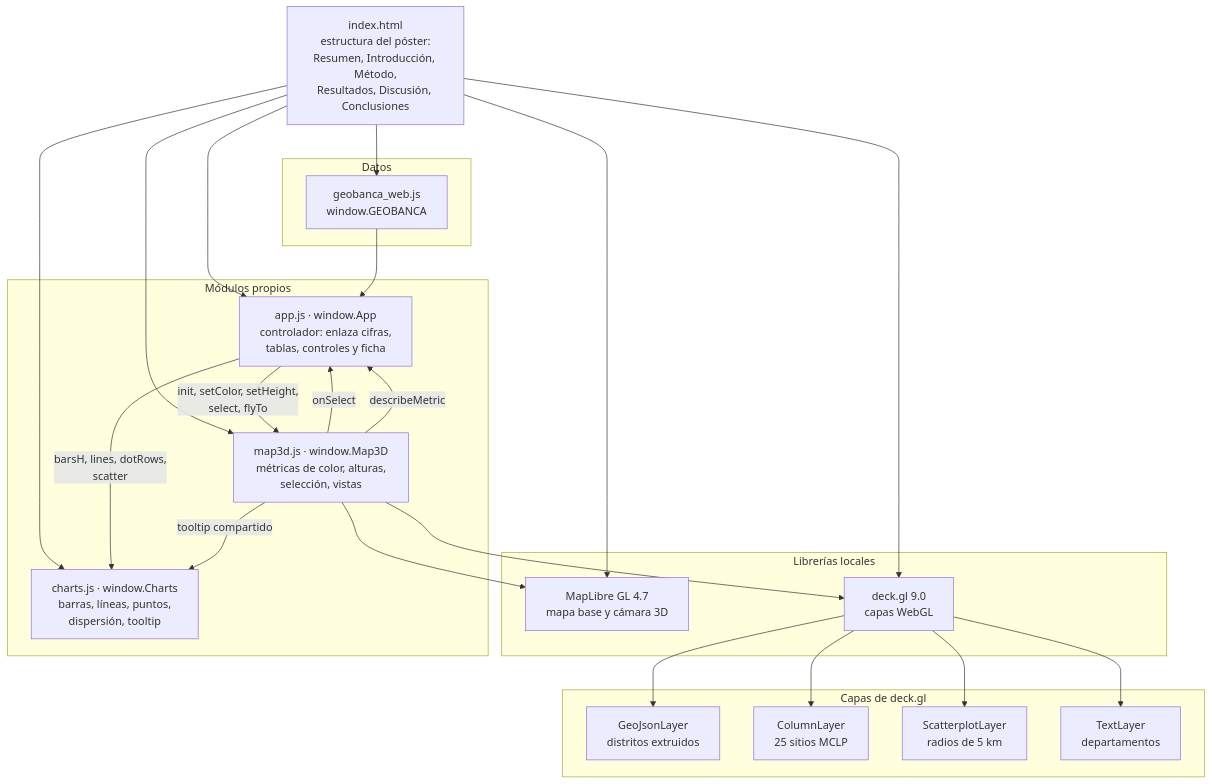
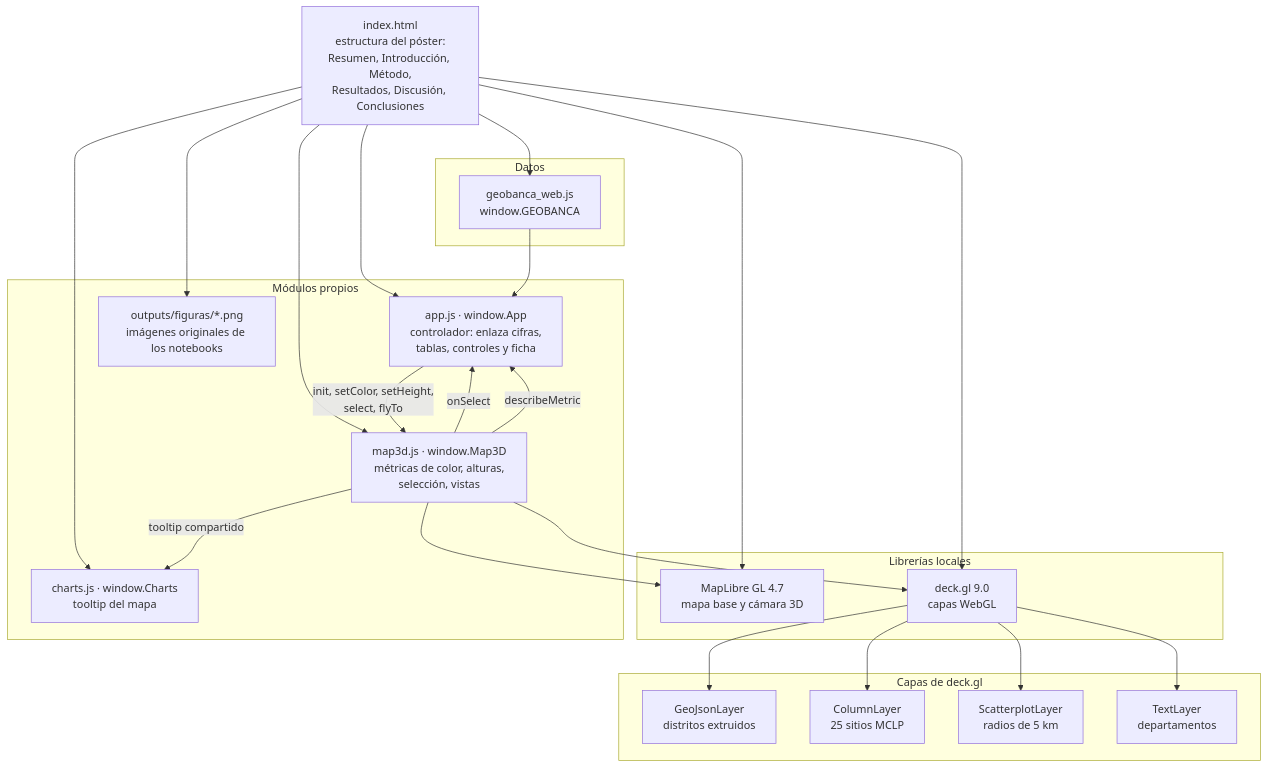
The fifth of 8 diagrams in README.md (wilder14-eslu/geobanca-norte-peru), drawn with Mermaid before and after one commit. The commit also changed other lines of this file and 3 other files, not shown here.

Commit message:
fix: usar figuras originales de notebooks en el poster

````diff
--- a/README.md
+++ b/README.md
@@ -348,36 +348,37 @@
 ```mermaid
 flowchart TB
     HTML["index.html<br/>estructura del póster:<br/>Resumen, Introducción, Método,<br/>Resultados, Discusión, Conclusiones"]
 
     subgraph Datos
         GB["geobanca_web.js<br/>window.GEOBANCA"]
     end
 
     subgraph Librerias["Librerías locales"]
         ML["MapLibre GL 4.7<br/>mapa base y cámara 3D"]
         DK["deck.gl 9.0<br/>capas WebGL"]
     end
 
     subgraph Modulos["Módulos propios"]
         APP["app.js · window.App<br/>controlador: enlaza cifras,<br/>tablas, controles y ficha"]
         MAP["map3d.js · window.Map3D<br/>métricas de color, alturas,<br/>selección, vistas"]
-        CH["charts.js · window.Charts<br/>barras, líneas, puntos,<br/>dispersión, tooltip"]
+        CH["charts.js · window.Charts<br/>tooltip del mapa"]
+        FIG["outputs/figuras/*.png<br/>imágenes originales de los notebooks"]
     end
 
     subgraph Capas["Capas de deck.gl"]
         L1["GeoJsonLayer<br/>distritos extruidos"]
         L2["ColumnLayer<br/>25 sitios MCLP"]
         L3["ScatterplotLayer<br/>radios de 5 km"]
         L4["TextLayer<br/>departamentos"]
     end
 
     HTML --> GB & ML & DK & CH & MAP & APP
     GB --> APP
     APP -->|init, setColor, setHeight,<br/>select, flyTo| MAP
-    APP -->|barsH, lines, dotRows,<br/>scatter| CH
+    HTML --> FIG
     MAP -->|onSelect| APP
     MAP -->|describeMetric| APP
     MAP --> ML
     MAP --> DK --> L1 & L2 & L3 & L4
     MAP -->|tooltip compartido| CH
 ```
````
